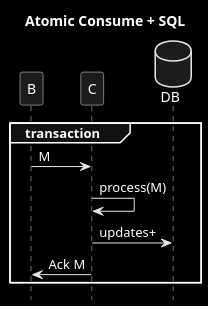
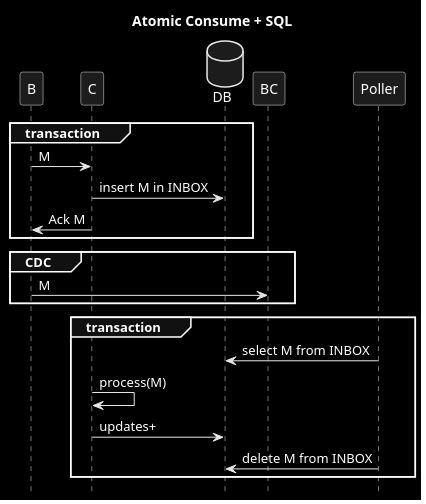
The diagram in patterns/5_dual_m_db.puml (victorrentea/kafka), drawn with PlantUML before and after one commit. The commit also changed 14 other files, not shown here.

```diff
--- a/patterns/5_dual_m_db.puml
+++ b/patterns/5_dual_m_db.puml
@@ -1,21 +1,25 @@
 @startuml
 title Atomic Consume + SQL
 hide footbox
 skinparam monochrome reverse
 participant B
 participant C
 database DB
 
 group transaction
     B->C: M
-'    C->DB: insert M in INBOX
-'    C->DB: write C offset!
+    C->DB: insert M in INBOX
+    C->B: Ack M
+end
+group CDC
+    B->BC: M
+end
+
+group transaction
+    Poller->DB: select M from INBOX
     C->C: process(M)
     C->DB: updates+
-    C->B: Ack M
+    Poller->DB: delete M from INBOX
 end
 
-'Poller->DB: select M from INBOX
-'Poller->DB: delete M from INBOX
-
 @enduml
```
